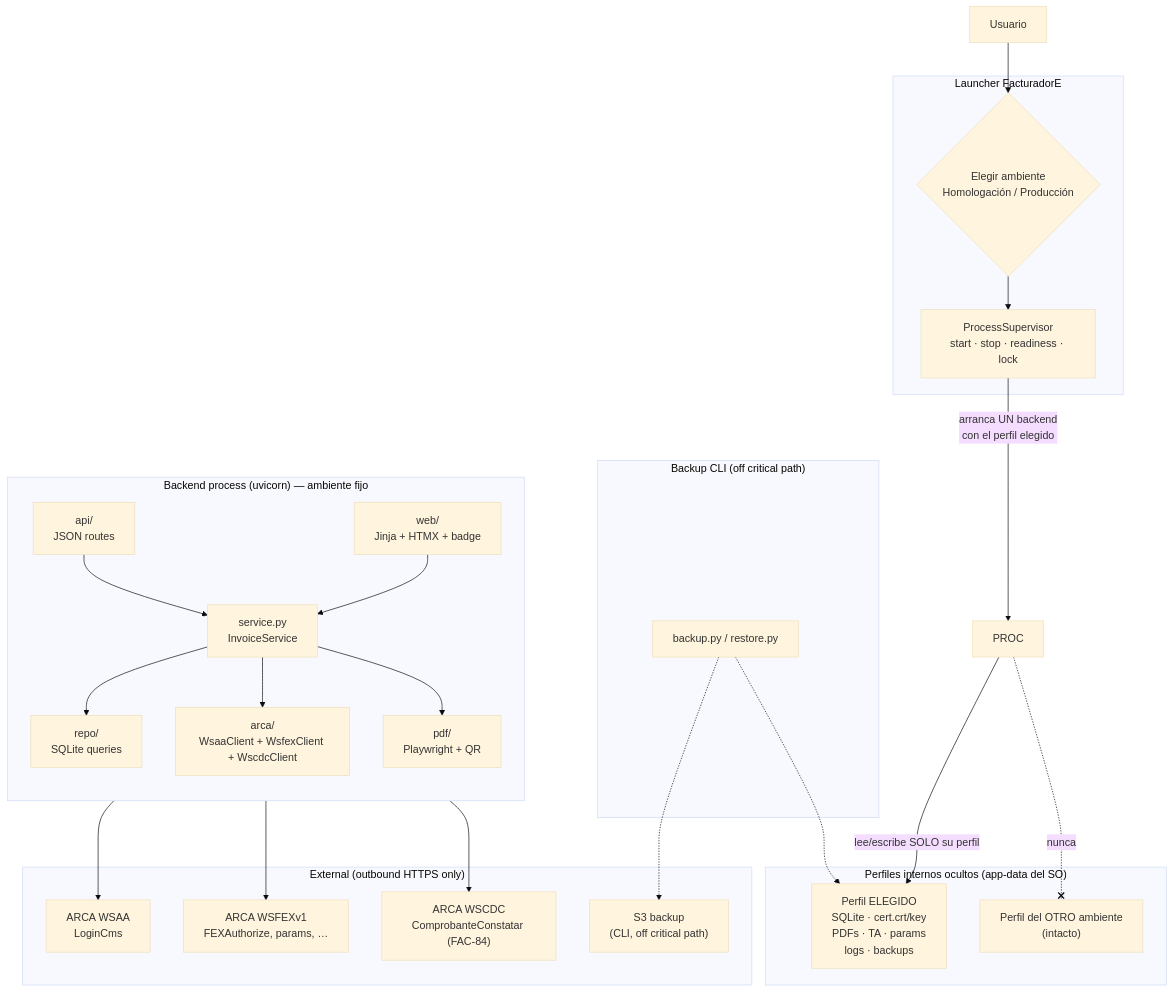
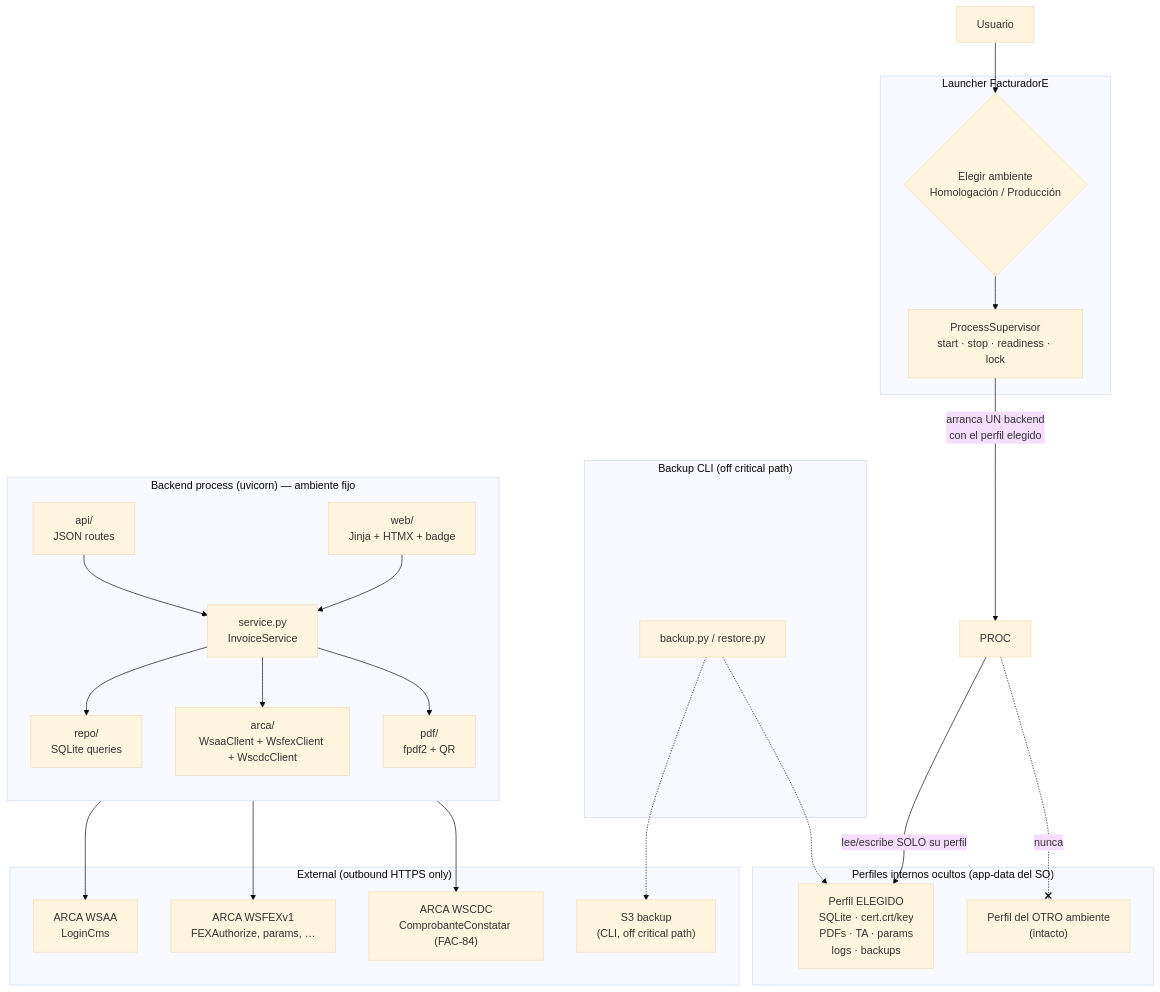
Before and after one commit to FacundoTripelhorn/facturadorE: the first of 7 diagrams in docs/agent/architecture-graphs.md, drawn with Mermaid (base theme). The commit also changed 22 other files, not shown here.

Commit message:
FAC-88: Replace Playwright Chromium with fpdf2 for invoice PDFs (#75)

````diff
--- a/docs/agent/architecture-graphs.md
+++ b/docs/agent/architecture-graphs.md
@@ -25,50 +25,50 @@
 ```mermaid
 flowchart TB
   USER["Usuario"] --> CHOICE
 
   subgraph launcher["Launcher FacturadorE"]
     CHOICE{"Elegir ambiente<br/>Homologación / Producción"}
     SUP["ProcessSupervisor<br/>start · stop · readiness · lock"]
     CHOICE --> SUP
   end
 
   SUP -->|"arranca UN backend<br/>con el perfil elegido"| PROC
 
   subgraph proc["Backend process (uvicorn) — ambiente fijo"]
     direction TB
     API["api/<br/>JSON routes"]
     WEB["web/<br/>Jinja + HTMX + badge"]
     SVC["service.py<br/>InvoiceService"]
     REPO["repo/<br/>SQLite queries"]
-    PDF["pdf/<br/>Playwright + QR"]
+    PDF["pdf/<br/>fpdf2 + QR"]
     ARCA["arca/<br/>WsaaClient + WsfexClient + WscdcClient"]
   end
 
   subgraph profiles["Perfiles internos ocultos (app-data del SO)"]
     SEL["Perfil ELEGIDO<br/>SQLite · cert.crt/key<br/>PDFs · TA · params<br/>logs · backups"]
     OTHER["Perfil del OTRO ambiente<br/>(intacto)"]
   end
 
   subgraph external["External (outbound HTTPS only)"]
     WSAA["ARCA WSAA<br/>LoginCms"]
     WSFEX["ARCA WSFEXv1<br/>FEXAuthorize, params, …"]
     WSCDC["ARCA WSCDC<br/>ComprobanteConstatar (FAC-84)"]
     S3["S3 backup<br/>(CLI, off critical path)"]
   end
 
   PROC -->|"lee/escribe SOLO su perfil"| SEL
   PROC -.-x|"nunca"| OTHER
   API --> SVC
   WEB --> SVC
   SVC --> REPO
   SVC --> ARCA
   SVC --> PDF
   ARCA --> WSAA
   ARCA --> WSFEX
   ARCA --> WSCDC
   subgraph backup_cli["Backup CLI (off critical path)"]
     BAK["backup.py / restore.py"]
   end
   BAK -.-> S3
   BAK -.-> SEL
 ```
````
